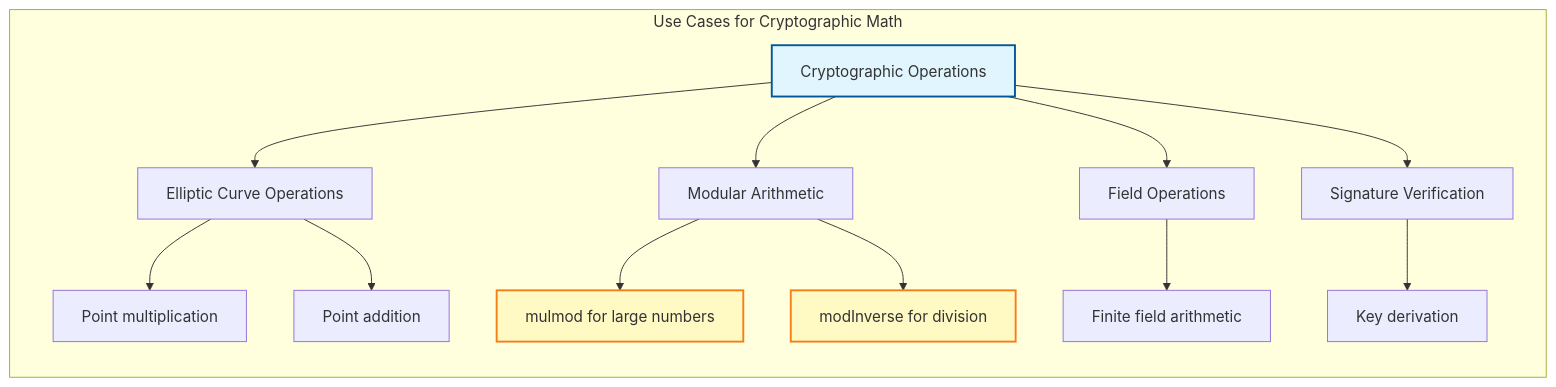
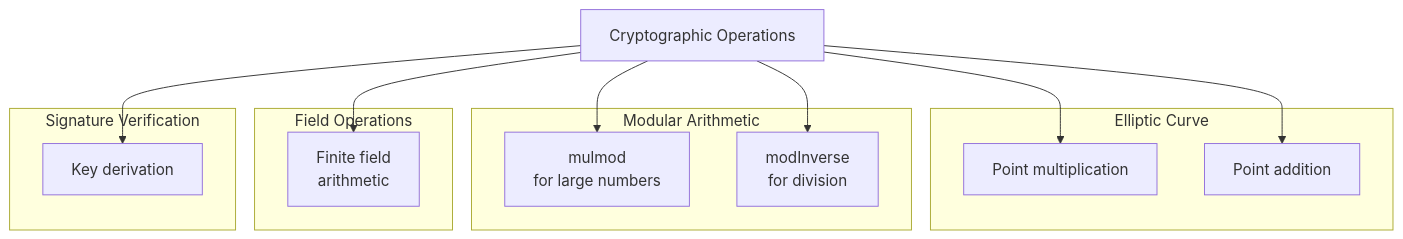
The fifth of 5 diagrams in docs/api-reference/safe-math.md (btc-vision/btc-runtime), drawn with Mermaid before and after one commit. The commit also changed other lines of this file and 1 other file, not shown here.

First line of the commit message:
Refactor and simplify Mermaid diagrams in docs

````diff
--- a/docs/api-reference/safe-math.md
+++ b/docs/api-reference/safe-math.md
@@ -485,34 +436,27 @@
 ```mermaid
----
-config:
-  theme: default
-  look: classic
----
-graph LR
-    subgraph "Use Cases for Cryptographic Math"
-        A[Cryptographic Operations]
+graph TB
+    A[Cryptographic Operations]
 
-        B[Elliptic Curve Operations]
-        C[Modular Arithmetic]
-        D[Field Operations]
-        E[Signature Verification]
-
-        A --> B
-        A --> C
-        A --> D
-        A --> E
-
-        B --> F[Point multiplication]
-        B --> G[Point addition]
-
-        C --> H[mulmod for large numbers]
-        C --> I[modInverse for division]
-
-        D --> J[Finite field arithmetic]
-        E --> K[Key derivation]
+    subgraph "Elliptic Curve"
+        B[Point multiplication]
+        C[Point addition]
     end
 
-    style A fill:#e1f5fe,stroke:#01579b,stroke-width:2px
-    style H fill:#fff9c4,stroke:#f57f17,stroke-width:2px
-    style I fill:#fff9c4,stroke:#f57f17,stroke-width:2px
+    subgraph "Modular Arithmetic"
+        D[mulmod<br/>for large numbers]
+        E[modInverse<br/>for division]
+    end
+
+    subgraph "Field Operations"
+        F[Finite field<br/>arithmetic]
+    end
+
+    subgraph "Signature Verification"
+        G[Key derivation]
+    end
+
+    A --> B & C
+    A --> D & E
+    A --> F
+    A --> G
 ```
````
